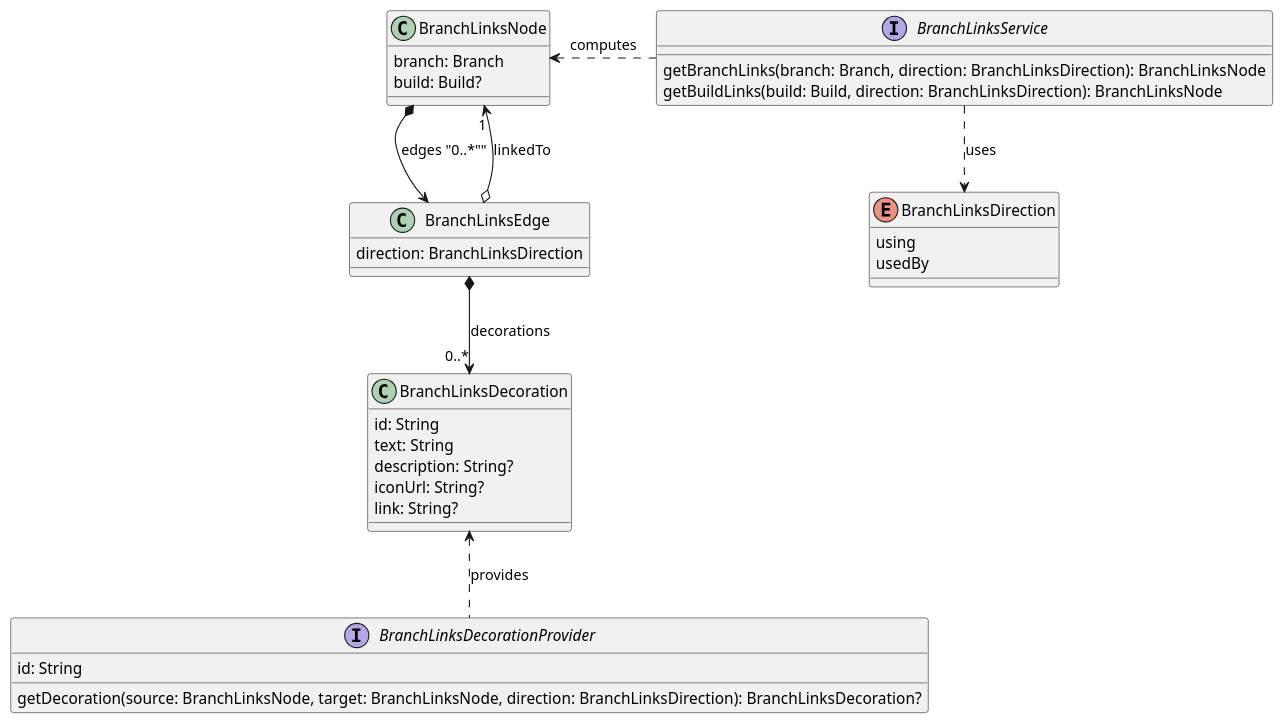
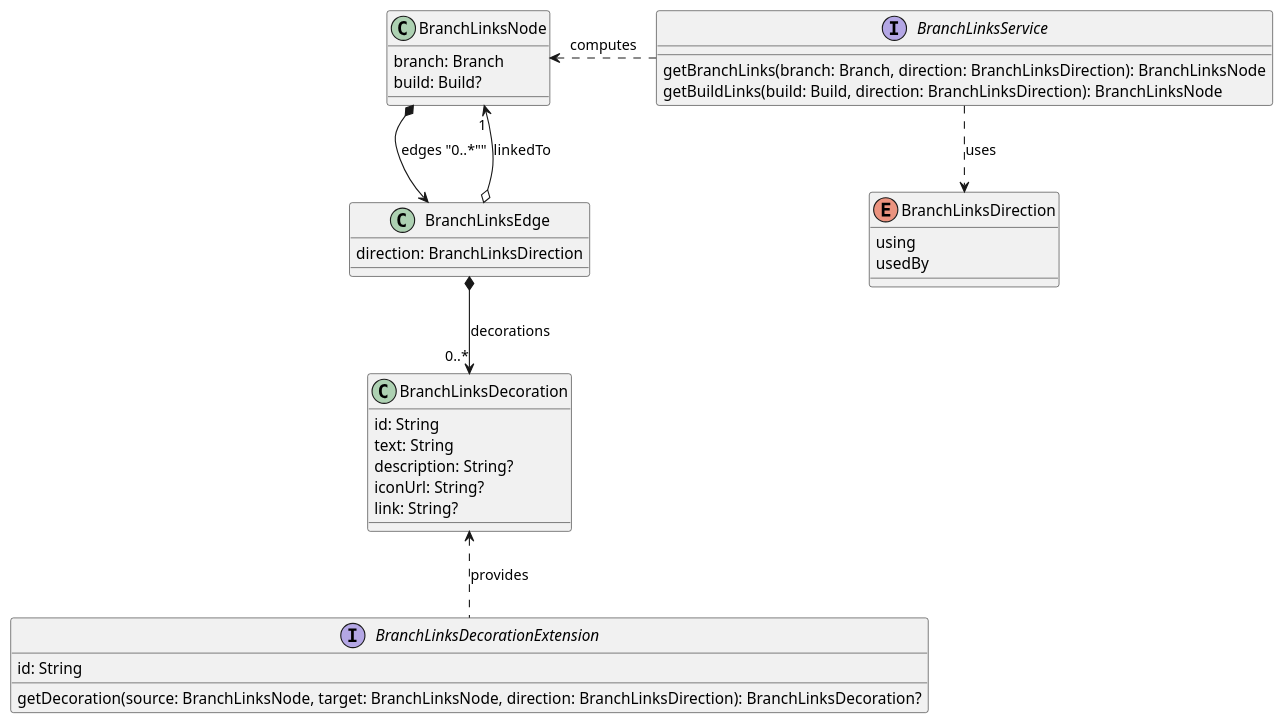
The diagram in ontrack-model/src/main/java/net/nemerosa/ontrack/model/links/branch-links-model.puml (nemerosa/ontrack), drawn with PlantUML before and after one commit. The commit also changed 7 other files, not shown here.

```diff
--- a/ontrack-model/src/main/java/net/nemerosa/ontrack/model/links/branch-links-model.puml
+++ b/ontrack-model/src/main/java/net/nemerosa/ontrack/model/links/branch-links-model.puml
@@ -1,45 +1,45 @@
 @startuml
 
 class BranchLinksNode {
     branch: Branch
     build: Build?
 }
 
 class BranchLinksEdge {
     direction: BranchLinksDirection
 }
 
 BranchLinksNode *--> BranchLinksEdge: edges "0..*""
 BranchLinksEdge o--> BranchLinksNode: linkedTo "1"
 
 class BranchLinksDecoration {
     id: String
     text: String
     description: String?
     iconUrl: String?
     link: String?
 }
 
 BranchLinksEdge *--> BranchLinksDecoration: decorations "0..*"
 
-interface BranchLinksDecorationProvider {
+interface BranchLinksDecorationExtension {
     id: String
     getDecoration(source: BranchLinksNode, target: BranchLinksNode, direction: BranchLinksDirection): BranchLinksDecoration?
 }
 
-BranchLinksDecorationProvider .up.> BranchLinksDecoration: provides
+BranchLinksDecorationExtension .up.> BranchLinksDecoration: provides
 
 interface BranchLinksService {
     getBranchLinks(branch: Branch, direction: BranchLinksDirection): BranchLinksNode
     getBuildLinks(build: Build, direction: BranchLinksDirection): BranchLinksNode
 }
 
 enum BranchLinksDirection {
     using
     usedBy
 }
 
 BranchLinksService .left.> BranchLinksNode: computes
 BranchLinksService .down.> BranchLinksDirection: uses
 
 @enduml
```
